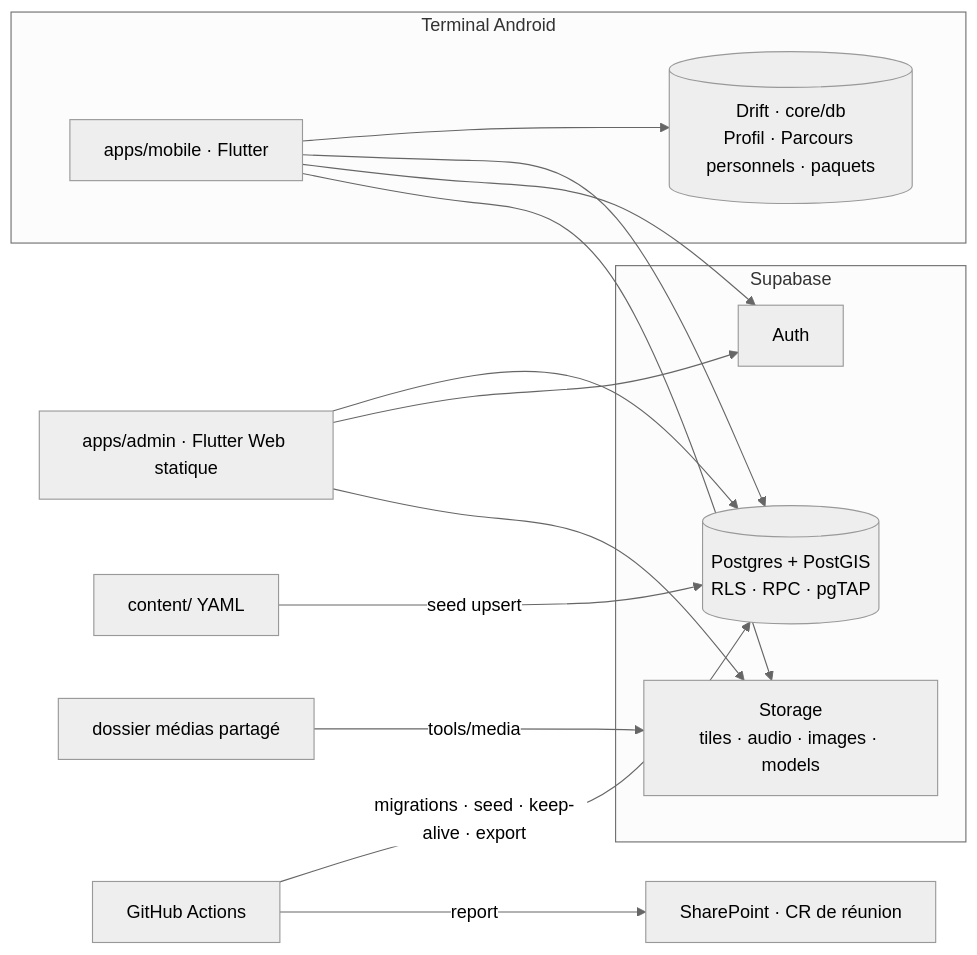
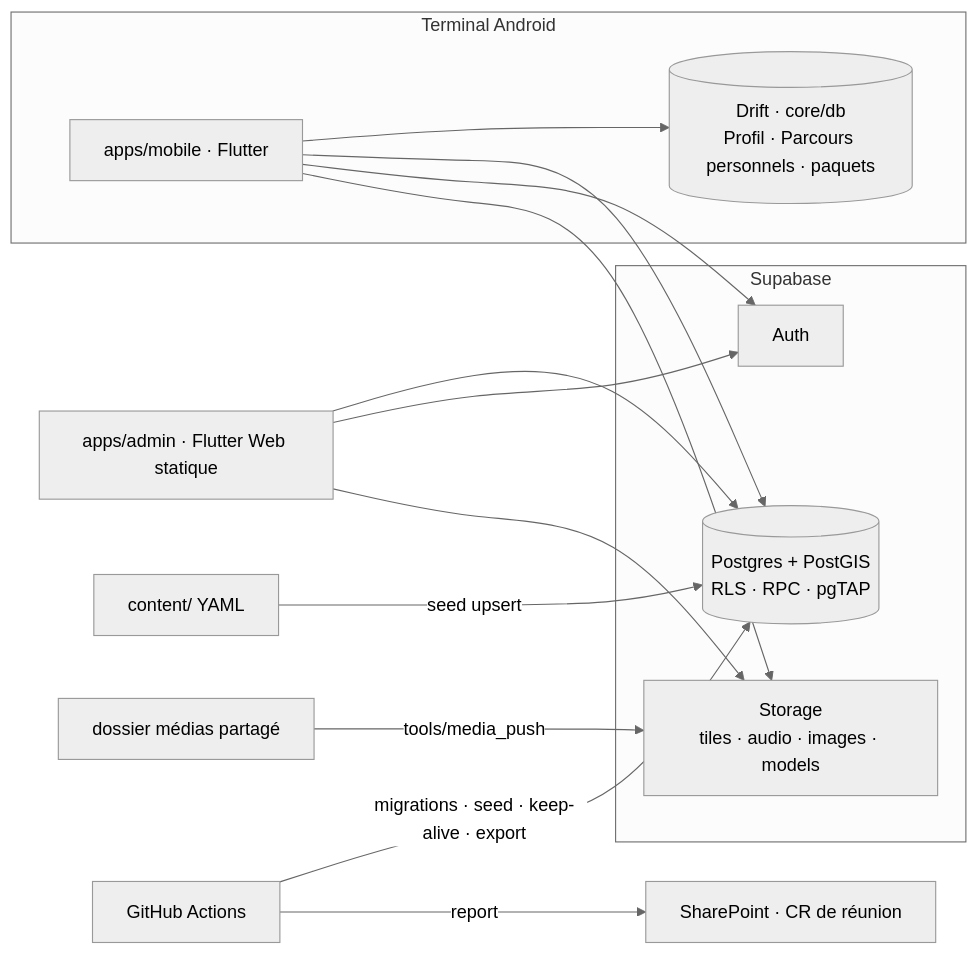
One commit to Projet-decole/Histolyon changed the second of 2 diagrams in docs/ARCHITECTURE-SPINE.md. Above: the diagram before and after it, drawn with Mermaid (neutral theme). The commit also changed other lines of this file and 25 other files, not shown here.

````diff
--- a/docs/ARCHITECTURE-SPINE.md
+++ b/docs/ARCHITECTURE-SPINE.md
@@ -233,18 +233,18 @@
 ```mermaid
 graph LR
   subgraph Terminal Android
     M[apps/mobile · Flutter] --> DR[(Drift · core/db<br/>Profil · Parcours personnels · paquets)]
   end
   A[apps/admin · Flutter Web statique]
   subgraph Supabase
     PG[(Postgres + PostGIS<br/>RLS · RPC · pgTAP)]
     AU[Auth]
     ST[Storage<br/>tiles · audio · images · models]
   end
   M --> PG & AU & ST
   A --> PG & AU & ST
   C[content/ YAML] -- seed upsert --> PG
-  MD[dossier médias partagé] -- tools/media --> ST
+  MD[dossier médias partagé] -- tools/media_push --> ST
   GH[GitHub Actions] -- migrations · seed · keep-alive · export --> PG
   GH -- report --> SP[SharePoint · CR de réunion]
 ```
````
